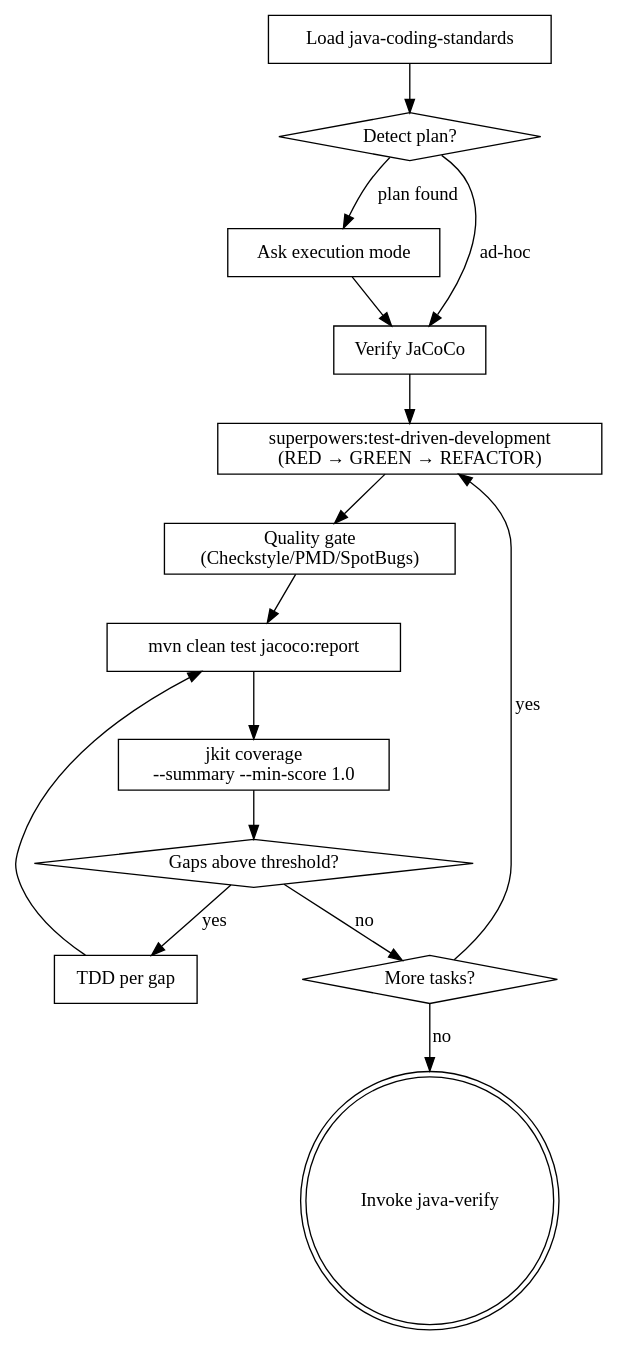
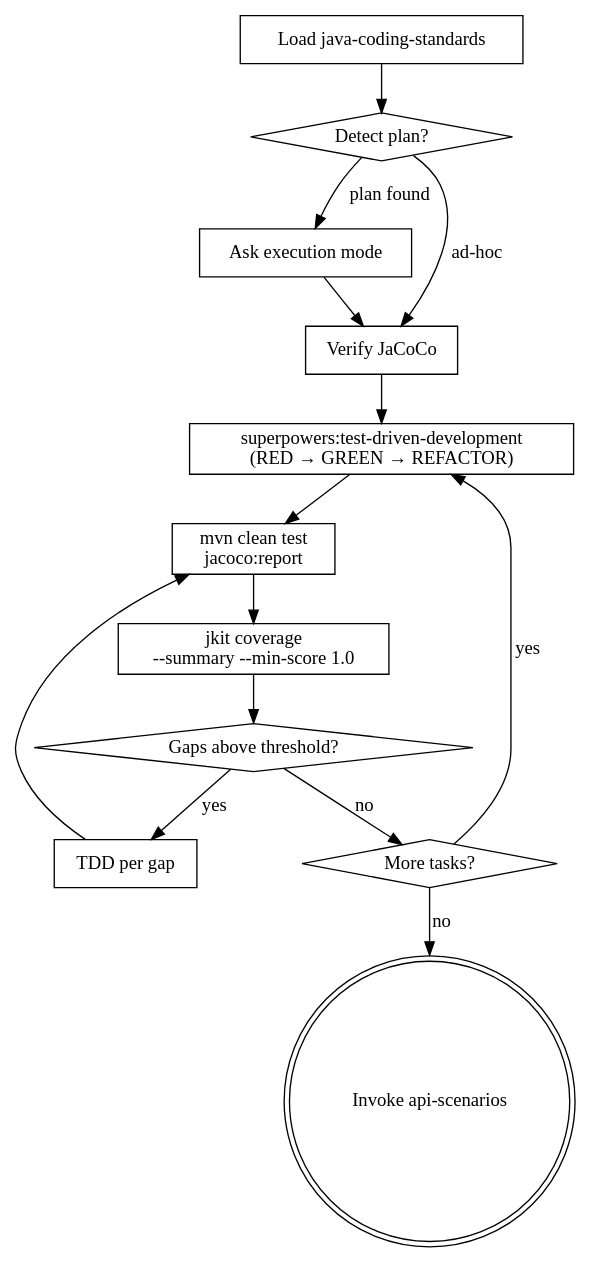
One commit to honghaowuu/jkit changed the third of 3 diagrams in docs/superpowers/specs/2026-04-21-jkit-iter2-core-loop.md. Above: the diagram before and after it, drawn with Graphviz. The commit also changed other lines of this file and 4 other files, not shown here.

First line of the commit message:
fix(design): redesign quality layer — sql-migration split, JaCoCo integration, api-scenarios TDD

````diff
--- a/docs/superpowers/specs/2026-04-21-jkit-iter2-core-loop.md
+++ b/docs/superpowers/specs/2026-04-21-jkit-iter2-core-loop.md
@@ -374,31 +462,29 @@
 ```dot
 digraph java_tdd {
     "Load java-coding-standards" [shape=box];
     "Detect plan?" [shape=diamond];
     "Ask execution mode" [shape=box];
     "Verify JaCoCo" [shape=box];
     "superpowers:test-driven-development\n(RED → GREEN → REFACTOR)" [shape=box];
-    "Quality gate\n(Checkstyle/PMD/SpotBugs)" [shape=box];
-    "mvn clean test jacoco:report" [shape=box];
+    "mvn clean test\njacoco:report" [shape=box];
     "jkit coverage\n--summary --min-score 1.0" [shape=box];
     "Gaps above threshold?" [shape=diamond];
     "TDD per gap" [shape=box];
     "More tasks?" [shape=diamond];
-    "Invoke java-verify" [shape=doublecircle];
+    "Invoke api-scenarios" [shape=doublecircle];
 
     "Load java-coding-standards" -> "Detect plan?";
     "Detect plan?" -> "Ask execution mode" [label="plan found"];
     "Detect plan?" -> "Verify JaCoCo" [label="ad-hoc"];
     "Ask execution mode" -> "Verify JaCoCo";
     "Verify JaCoCo" -> "superpowers:test-driven-development\n(RED → GREEN → REFACTOR)";
-    "superpowers:test-driven-development\n(RED → GREEN → REFACTOR)" -> "Quality gate\n(Checkstyle/PMD/SpotBugs)";
-    "Quality gate\n(Checkstyle/PMD/SpotBugs)" -> "mvn clean test jacoco:report";
-    "mvn clean test jacoco:report" -> "jkit coverage\n--summary --min-score 1.0";
+    "superpowers:test-driven-development\n(RED → GREEN → REFACTOR)" -> "mvn clean test\njacoco:report";
+    "mvn clean test\njacoco:report" -> "jkit coverage\n--summary --min-score 1.0";
     "jkit coverage\n--summary --min-score 1.0" -> "Gaps above threshold?";
     "Gaps above threshold?" -> "TDD per gap" [label="yes"];
-    "TDD per gap" -> "mvn clean test jacoco:report";
+    "TDD per gap" -> "mvn clean test\njacoco:report";
     "Gaps above threshold?" -> "More tasks?" [label="no"];
     "More tasks?" -> "superpowers:test-driven-development\n(RED → GREEN → REFACTOR)" [label="yes"];
-    "More tasks?" -> "Invoke java-verify" [label="no"];
+    "More tasks?" -> "Invoke api-scenarios" [label="no"];
 }
 ```
````
